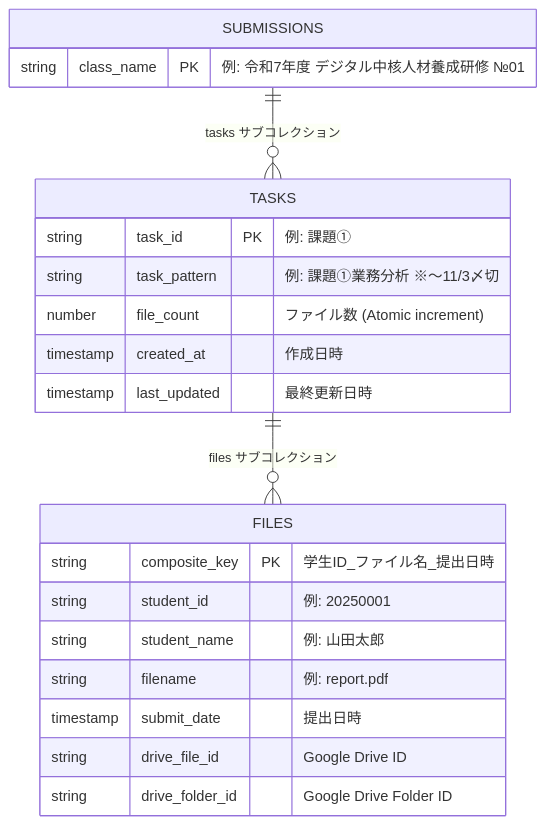
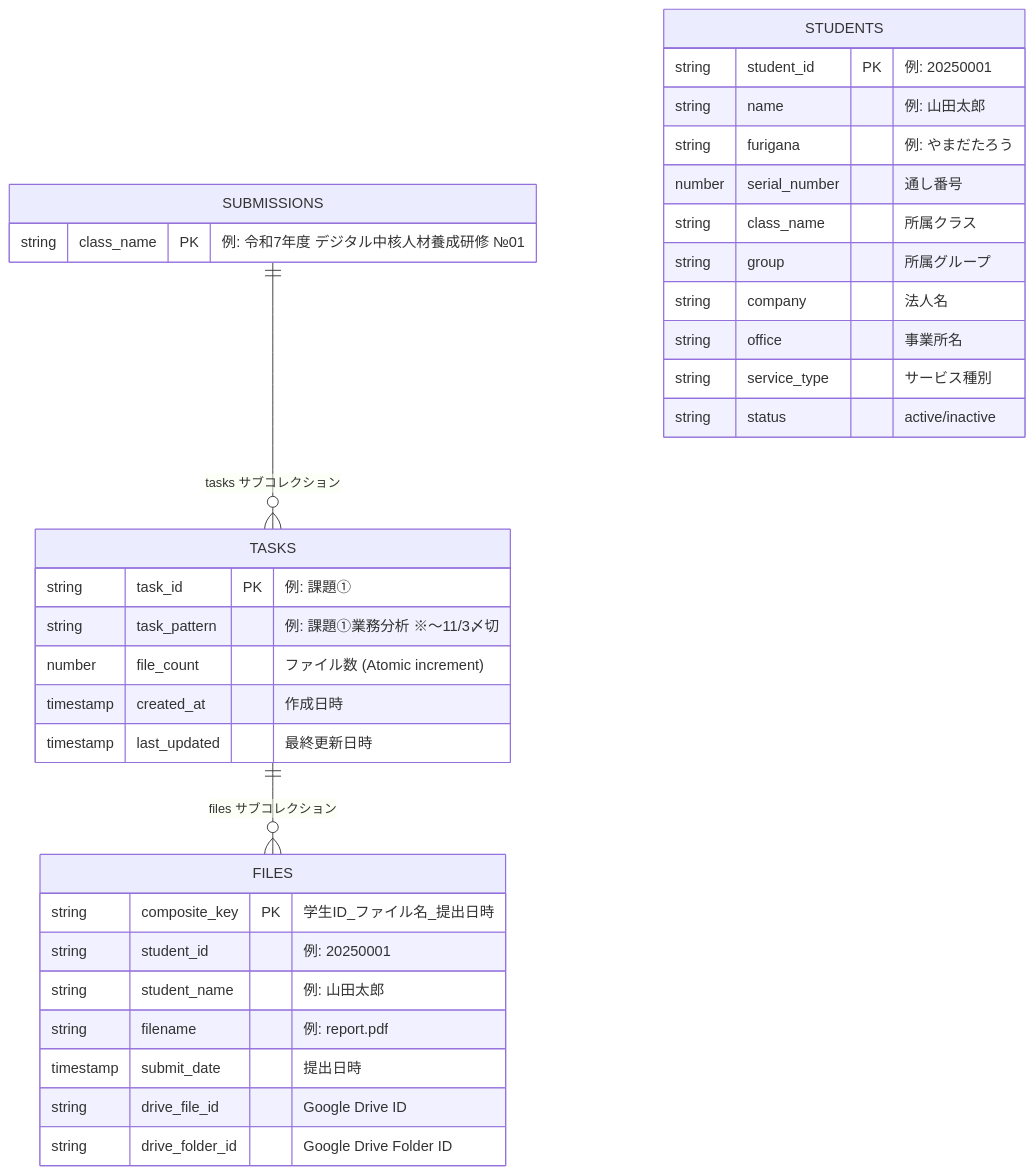
Before and after one commit to yasushi-honda/carewell-gcp-drive-automation: the second of 2 diagrams in docs/QUICKSTART.md, drawn with Mermaid. The commit also changed other lines of this file and 3 other files, not shown here.

````diff
--- a/docs/QUICKSTART.md
+++ b/docs/QUICKSTART.md
@@ -101,27 +114,40 @@
 ```mermaid
 erDiagram
     SUBMISSIONS {
         string class_name PK "例: 令和7年度 デジタル中核人材養成研修 №01"
     }
 
     TASKS {
         string task_id PK "例: 課題①"
         string task_pattern "例: 課題①業務分析 ※～11/3〆切"
         number file_count "ファイル数 (Atomic increment)"
         timestamp created_at "作成日時"
         timestamp last_updated "最終更新日時"
     }
 
     FILES {
         string composite_key PK "学生ID_ファイル名_提出日時"
         string student_id "例: 20250001"
         string student_name "例: 山田太郎"
         string filename "例: report.pdf"
         timestamp submit_date "提出日時"
         string drive_file_id "Google Drive ID"
         string drive_folder_id "Google Drive Folder ID"
     }
 
+    STUDENTS {
+        string student_id PK "例: 20250001"
+        string name "例: 山田太郎"
+        string furigana "例: やまだたろう"
+        number serial_number "通し番号"
+        string class_name "所属クラス"
+        string group "所属グループ"
+        string company "法人名"
+        string office "事業所名"
+        string service_type "サービス種別"
+        string status "active/inactive"
+    }
+
     SUBMISSIONS ||--o{ TASKS : "tasks サブコレクション"
     TASKS ||--o{ FILES : "files サブコレクション"
 ```
````
